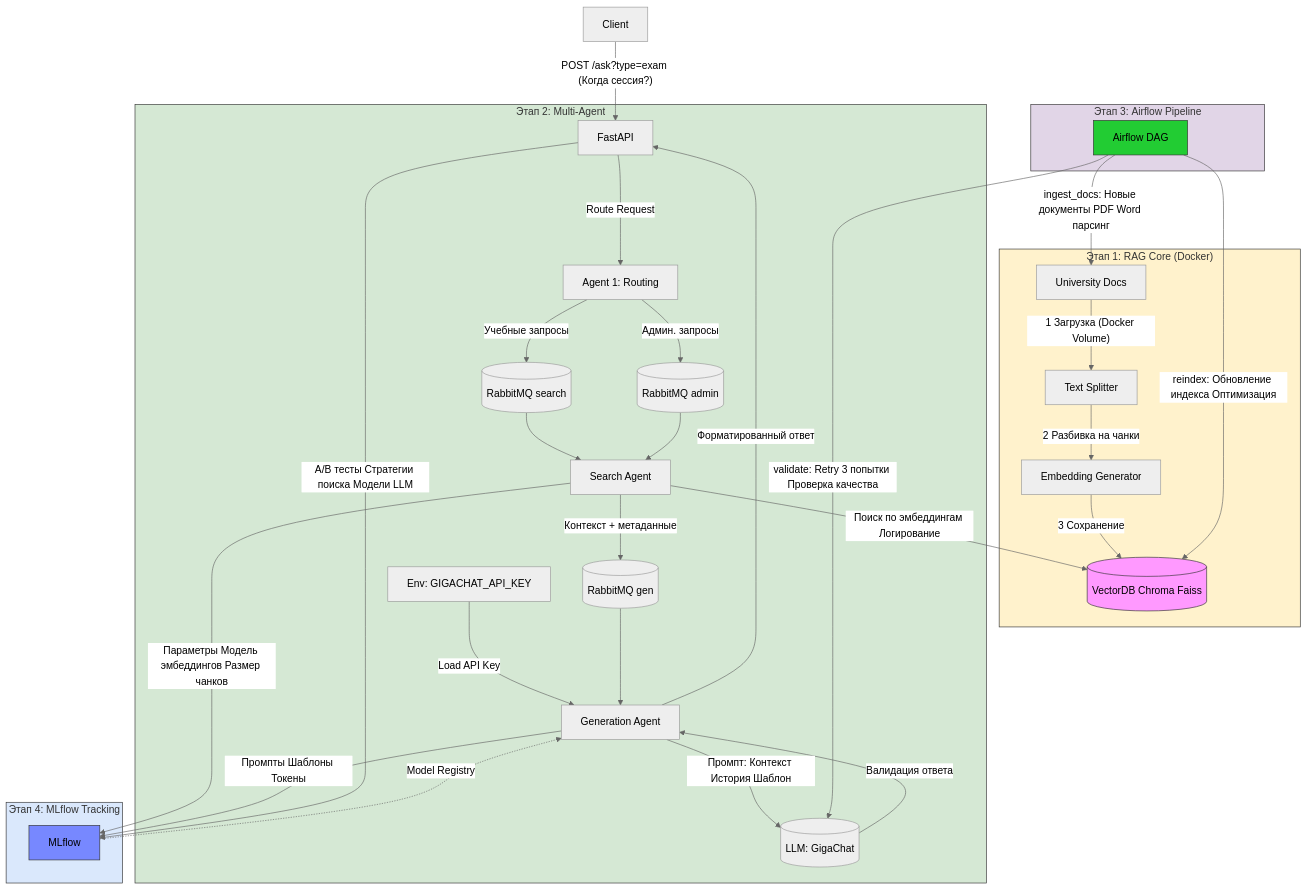
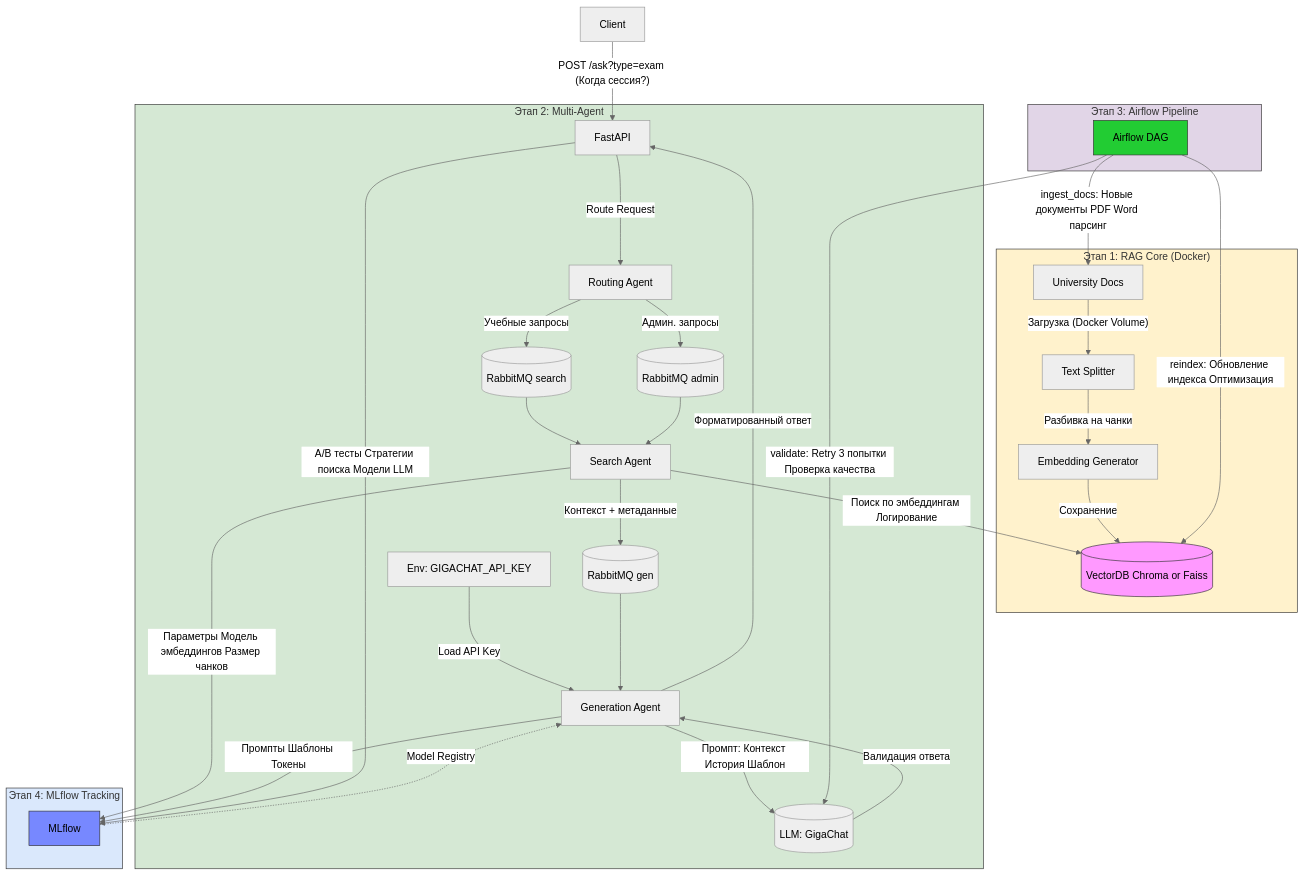
The first of 2 diagrams in README.md (BandrD/assistant-_for_un), drawn with Mermaid (neutral theme) before and after one commit. The commit also changed other lines of this file, not shown here.

````diff
--- a/README.md
+++ b/README.md
@@ -12,54 +12,54 @@
 ```mermaid
 flowchart TD
     %% ===== Этап 1: RAG-система =====
     subgraph RAG["Этап 1: RAG Core (Docker)"]
-        D[University Docs] -->|"1 Загрузка (Docker Volume)"| TS[Text Splitter]
-        TS -->|2 Разбивка на чанки| EG[Embedding Generator]
-        EG -->|3 Сохранение| VDB[(VectorDB Chroma Faiss)]
+        D[University Docs] -->|"Загрузка (Docker Volume)"| TS[Text Splitter]
+        TS -->|Разбивка на чанки| EG[Embedding Generator]
+        EG -->|Сохранение| VDB[(VectorDB Chroma or Faiss)]
         style VDB fill:#f9f,stroke:#333
     end
 
     %% ===== Клиентский запрос =====
     C[Client] -->|"POST /ask?type=exam (Когда сессия?)"| API[FastAPI]
-    API -->|Route Request| A1[Agent 1: Routing]
+    API -->|Route Request| A1[Routing Agent]
 
     %% ===== Этап 2: Агенты =====
     subgraph MA["Этап 2: Multi-Agent"]
         ENV[Env: GIGACHAT_API_KEY] -->|"Load API Key"| A3
         A1 -->|"Учебные запросы"| Q1[(RabbitMQ search)]
         A1 -->|"Админ. запросы"| Q2[(RabbitMQ admin)]
         
         Q1 --> A2[Search Agent]
         Q2 --> A2
         A2 -->|"Поиск по эмбеддингам Логирование"| VDB
         A2 -->|"Контекст + метаданные"| Q3[(RabbitMQ gen)]
         
         Q3 --> A3[Generation Agent]
         A3 -->|"Промпт: Контекст История Шаблон"| LLM[(LLM: GigaChat)]
         LLM -->|Валидация ответа| A3
         A3 -->|Форматированный ответ| API
     end
 
     %% ===== Этап 3: Airflow =====
     subgraph AF["Этап 3: Airflow Pipeline"]
         DAG[Airflow DAG] -->|ingest_docs: Новые документы PDF Word парсинг| D
         DAG -->|reindex: Обновление индекса Оптимизация| VDB
         DAG -->|validate: Retry 3 попытки Проверка качества| LLM
         style DAG fill:#2c3,stroke:#333
     end
 
     %% ===== Этап 4: MLflow =====
     subgraph ML["Этап 4: MLflow Tracking"]
         A2 -->|Параметры Модель эмбеддингов Размер чанков| MLF[MLflow]
         A3 -->|Промпты Шаблоны Токены| MLF
         API -->|A/B тесты Стратегии поиска Модели LLM| MLF
         MLF -.->|Model Registry| A3
         style MLF fill:#78f,stroke:#333
     end
 
     %% ===== Стили =====
     style RAG fill:#fff2cc,stroke:#333
     style MA fill:#d5e8d4,stroke:#333
     style AF fill:#e1d5e7,stroke:#333
     style ML fill:#dae8fc,stroke:#333
 ```
````
